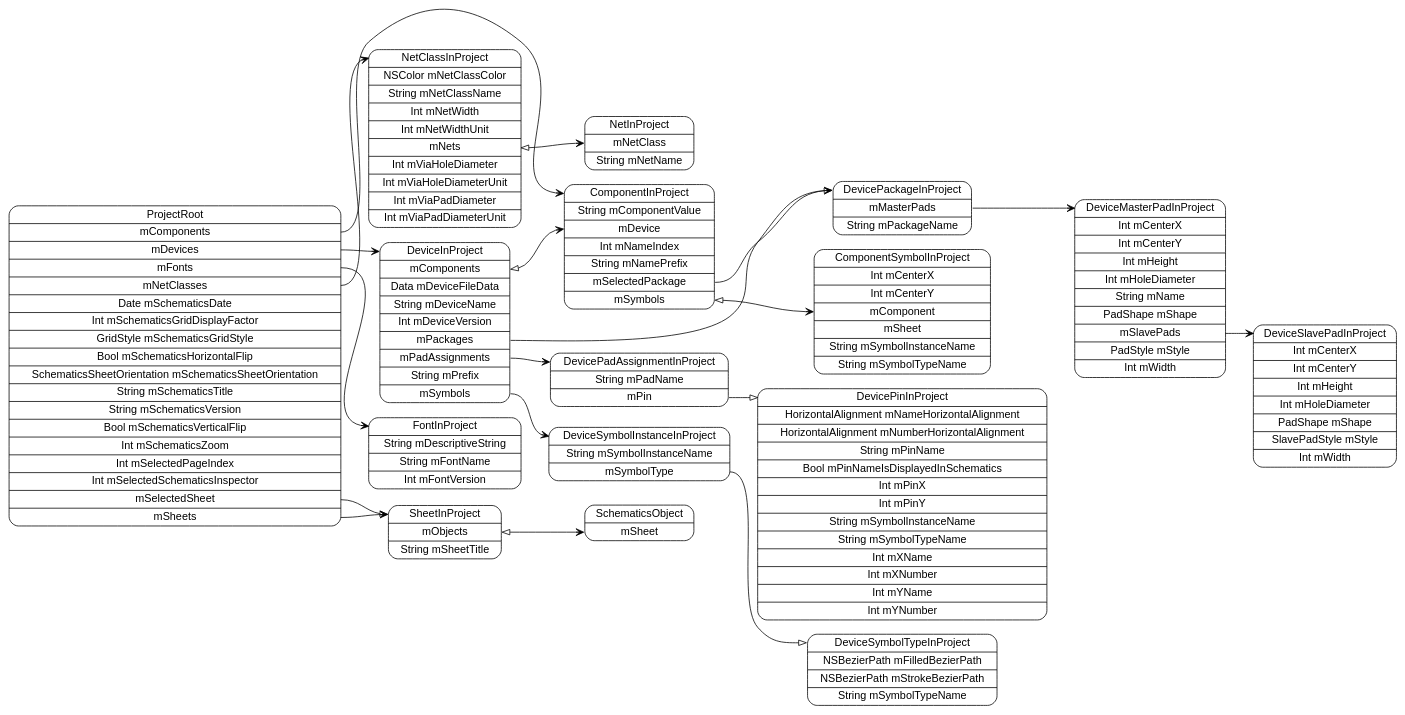
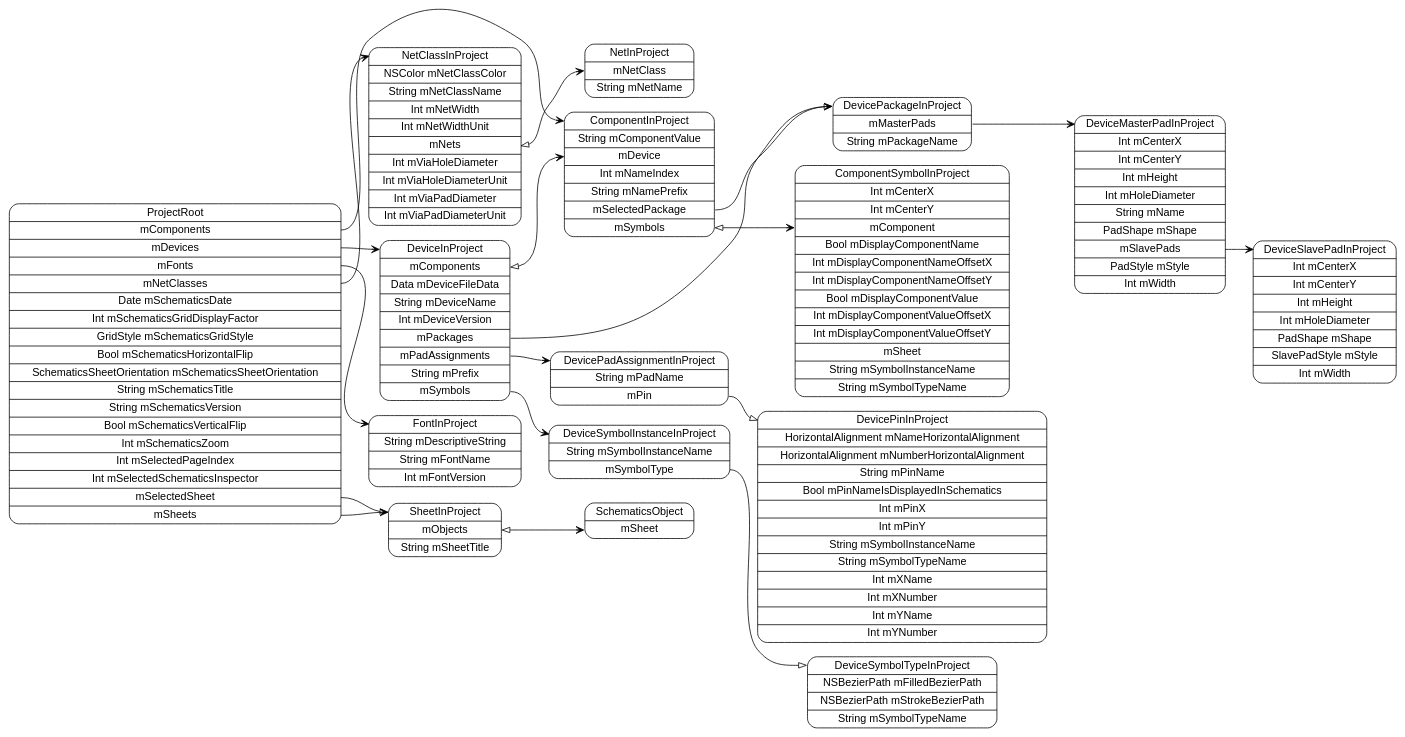
The diagram in models/ProjectRoot.dot (pierremolinaro/ElCanari-dev), drawn with Graphviz before and after one commit. The commit also changed 10 other files, not shown here.

Commit message:
Symbol in schematics : component name and component value

```diff
--- a/models/ProjectRoot.dot
+++ b/models/ProjectRoot.dot
@@ -1,38 +1,38 @@
 digraph G {
   rankdir=LR ;
   node [shape=record fontname=helvetica style=rounded] ;
   ProjectRoot[label="<ProjectRoot>ProjectRoot|<mComponents>mComponents|<mDevices>mDevices|<mFonts>mFonts|<mNetClasses>mNetClasses|Date mSchematicsDate|Int mSchematicsGridDisplayFactor|GridStyle mSchematicsGridStyle|Bool mSchematicsHorizontalFlip|SchematicsSheetOrientation mSchematicsSheetOrientation|String mSchematicsTitle|String mSchematicsVersion|Bool mSchematicsVerticalFlip|Int mSchematicsZoom|Int mSelectedPageIndex|Int mSelectedSchematicsInspector|<mSelectedSheet>mSelectedSheet|<mSheets>mSheets"] ;
   SheetInProject[label="<SheetInProject>SheetInProject|<mObjects>mObjects|String mSheetTitle"] ;
   SchematicsObject[label="<SchematicsObject>SchematicsObject|<mSheet>mSheet"] ;
   NetClassInProject[label="<NetClassInProject>NetClassInProject|NSColor mNetClassColor|String mNetClassName|Int mNetWidth|Int mNetWidthUnit|<mNets>mNets|Int mViaHoleDiameter|Int mViaHoleDiameterUnit|Int mViaPadDiameter|Int mViaPadDiameterUnit"] ;
   NetInProject[label="<NetInProject>NetInProject|<mNetClass>mNetClass|String mNetName"] ;
   FontInProject[label="<FontInProject>FontInProject|String mDescriptiveString|String mFontName|Int mFontVersion"] ;
   DeviceInProject[label="<DeviceInProject>DeviceInProject|<mComponents>mComponents|Data mDeviceFileData|String mDeviceName|Int mDeviceVersion|<mPackages>mPackages|<mPadAssignments>mPadAssignments|String mPrefix|<mSymbols>mSymbols"] ;
   DeviceSymbolInstanceInProject[label="<DeviceSymbolInstanceInProject>DeviceSymbolInstanceInProject|String mSymbolInstanceName|<mSymbolType>mSymbolType"] ;
   DeviceSymbolTypeInProject[label="<DeviceSymbolTypeInProject>DeviceSymbolTypeInProject|NSBezierPath mFilledBezierPath|NSBezierPath mStrokeBezierPath|String mSymbolTypeName"] ;
   DevicePadAssignmentInProject[label="<DevicePadAssignmentInProject>DevicePadAssignmentInProject|String mPadName|<mPin>mPin"] ;
   DevicePinInProject[label="<DevicePinInProject>DevicePinInProject|HorizontalAlignment mNameHorizontalAlignment|HorizontalAlignment mNumberHorizontalAlignment|String mPinName|Bool mPinNameIsDisplayedInSchematics|Int mPinX|Int mPinY|String mSymbolInstanceName|String mSymbolTypeName|Int mXName|Int mXNumber|Int mYName|Int mYNumber"] ;
   DevicePackageInProject[label="<DevicePackageInProject>DevicePackageInProject|<mMasterPads>mMasterPads|String mPackageName"] ;
   DeviceMasterPadInProject[label="<DeviceMasterPadInProject>DeviceMasterPadInProject|Int mCenterX|Int mCenterY|Int mHeight|Int mHoleDiameter|String mName|PadShape mShape|<mSlavePads>mSlavePads|PadStyle mStyle|Int mWidth"] ;
   DeviceSlavePadInProject[label="<DeviceSlavePadInProject>DeviceSlavePadInProject|Int mCenterX|Int mCenterY|Int mHeight|Int mHoleDiameter|PadShape mShape|SlavePadStyle mStyle|Int mWidth"] ;
   ComponentInProject[label="<ComponentInProject>ComponentInProject|String mComponentValue|<mDevice>mDevice|Int mNameIndex|String mNamePrefix|<mSelectedPackage>mSelectedPackage|<mSymbols>mSymbols"] ;
-  ComponentSymbolInProject[label="<ComponentSymbolInProject>ComponentSymbolInProject|Int mCenterX|Int mCenterY|<mComponent>mComponent|<mSheet>mSheet|String mSymbolInstanceName|String mSymbolTypeName"] ;
+  ComponentSymbolInProject[label="<ComponentSymbolInProject>ComponentSymbolInProject|Int mCenterX|Int mCenterY|<mComponent>mComponent|Bool mDisplayComponentName|Int mDisplayComponentNameOffsetX|Int mDisplayComponentNameOffsetY|Bool mDisplayComponentValue|Int mDisplayComponentValueOffsetX|Int mDisplayComponentValueOffsetY|<mSheet>mSheet|String mSymbolInstanceName|String mSymbolTypeName"] ;
   ProjectRoot:mComponents -> ComponentInProject:ComponentInProject [dir=both arrowtail=none arrowhead=vee] ;
   ProjectRoot:mDevices -> DeviceInProject:DeviceInProject [dir=both arrowtail=none arrowhead=vee] ;
   ProjectRoot:mFonts -> FontInProject:FontInProject [dir=both arrowtail=none arrowhead=vee] ;
   ProjectRoot:mNetClasses -> NetClassInProject:NetClassInProject [dir=both arrowtail=none arrowhead=vee] ;
   ProjectRoot:mSelectedSheet -> SheetInProject:SheetInProject [dir=both arrowtail=none arrowhead=onormal] ;
   ProjectRoot:mSheets -> SheetInProject:SheetInProject [dir=both arrowtail=none arrowhead=vee] ;
   SheetInProject:mObjects -> SchematicsObject:mSheet [dir=both arrowtail=onormal arrowhead=vee] ;
   NetClassInProject:mNets -> NetInProject:mNetClass [dir=both arrowtail=onormal arrowhead=vee] ;
   DeviceInProject:mComponents -> ComponentInProject:mDevice [dir=both arrowtail=onormal arrowhead=vee] ;
   DeviceInProject:mPackages -> DevicePackageInProject:DevicePackageInProject [dir=both arrowtail=none arrowhead=vee] ;
   DeviceInProject:mPadAssignments -> DevicePadAssignmentInProject:DevicePadAssignmentInProject [dir=both arrowtail=none arrowhead=vee] ;
   DeviceInProject:mSymbols -> DeviceSymbolInstanceInProject:DeviceSymbolInstanceInProject [dir=both arrowtail=none arrowhead=vee] ;
   DeviceSymbolInstanceInProject:mSymbolType -> DeviceSymbolTypeInProject:DeviceSymbolTypeInProject [dir=both arrowtail=none arrowhead=onormal] ;
   DevicePadAssignmentInProject:mPin -> DevicePinInProject:DevicePinInProject [dir=both arrowtail=none arrowhead=onormal] ;
   DevicePackageInProject:mMasterPads -> DeviceMasterPadInProject:DeviceMasterPadInProject [dir=both arrowtail=none arrowhead=vee] ;
   DeviceMasterPadInProject:mSlavePads -> DeviceSlavePadInProject:DeviceSlavePadInProject [dir=both arrowtail=none arrowhead=vee] ;
   ComponentInProject:mSelectedPackage -> DevicePackageInProject:DevicePackageInProject [dir=both arrowtail=none arrowhead=onormal] ;
   ComponentInProject:mSymbols -> ComponentSymbolInProject:mComponent [dir=both arrowtail=onormal arrowhead=vee] ;
 }
```
